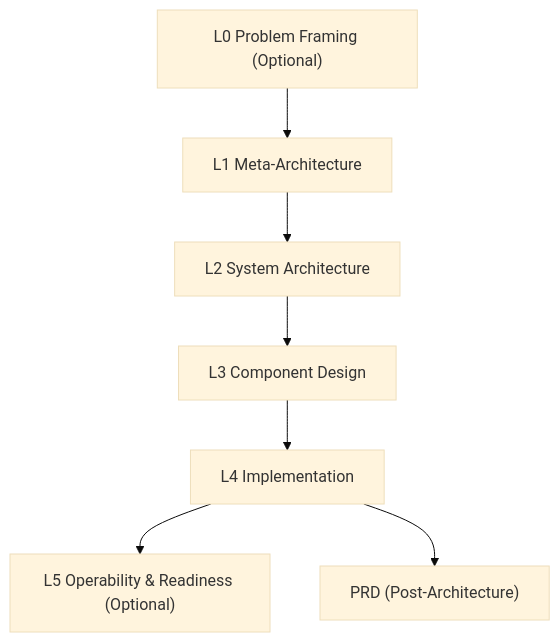
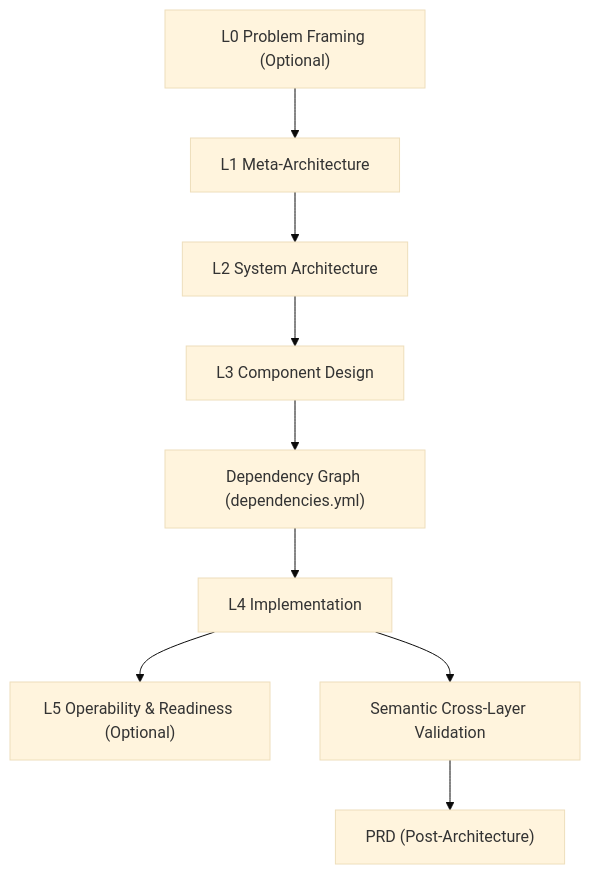
The diagram in README.md (Gytisw/layered-architect), drawn with Mermaid (base theme) before and after one commit. The commit also changed other lines of this file and 1 other file, not shown here.

````diff
--- a/README.md
+++ b/README.md
@@ -29,9 +29,11 @@
 ```mermaid
 flowchart TD
   A["L0 Problem Framing (Optional)"] --> B["L1 Meta-Architecture"]
   B --> C["L2 System Architecture"]
   C --> D["L3 Component Design"]
-  D --> E["L4 Implementation"]
+  D --> X["Dependency Graph (dependencies.yml)"]
+  X --> E["L4 Implementation"]
   E --> F["L5 Operability & Readiness (Optional)"]
-  E --> G["PRD (Post-Architecture)"]
+  E --> S["Semantic Cross-Layer Validation"]
+  S --> G["PRD (Post-Architecture)"]
 ```
````
